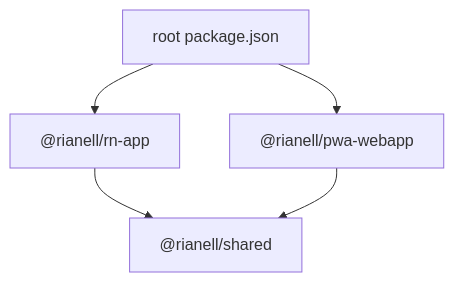
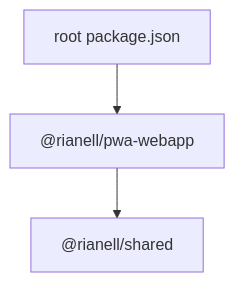
One commit to Metaheurist/Rianell changed the diagram in docs/architecture-standard.md. Above: the diagram before and after it, drawn with Mermaid. The commit also changed other lines of this file and 57 other files, not shown here.

````diff
--- a/docs/architecture-standard.md
+++ b/docs/architecture-standard.md
@@ -65,11 +64,8 @@
 ```mermaid
 flowchart TB
   root[root package.json]
   pwa["@rianell/pwa-webapp"]
-  rn["@rianell/rn-app"]
   shared["@rianell/shared"]
   root --> pwa
-  root --> rn
-  rn --> shared
   pwa --> shared
 ```
````
